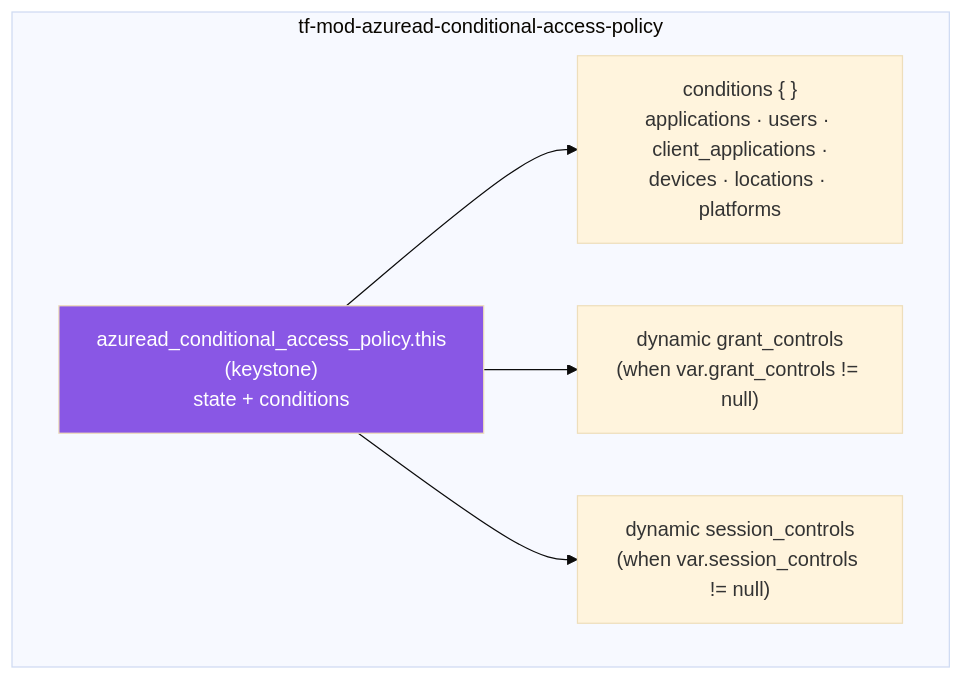
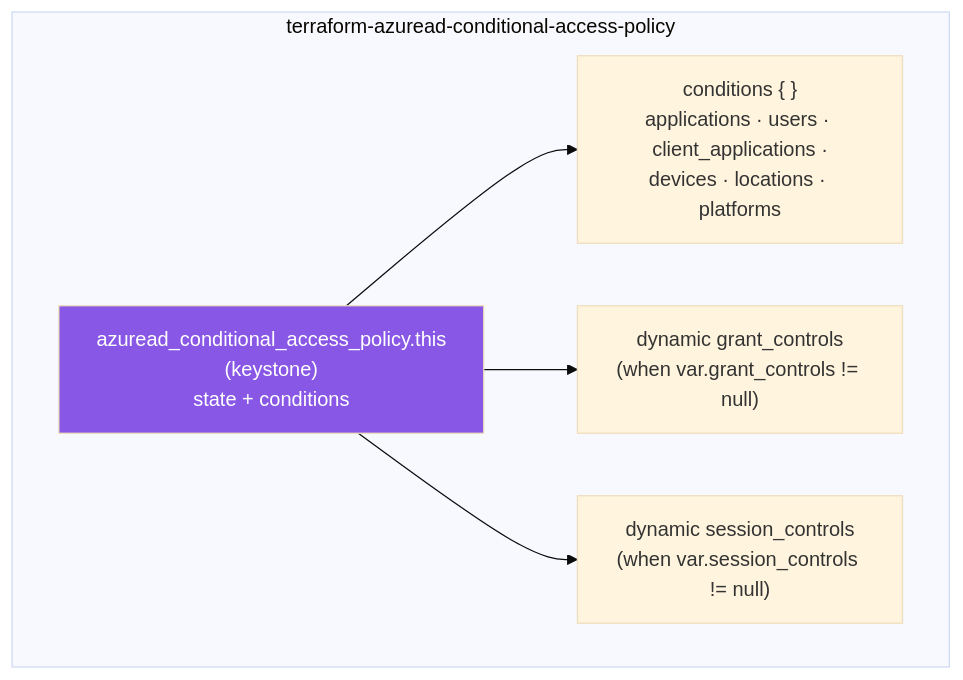
Before and after one commit to microsoftexpert/terraform-azuread-conditional-access-policy: the second of 2 diagrams in README.md, drawn with Mermaid (base theme). The commit also changed other lines of this file and 2 other files, not shown here.

````diff
--- a/README.md
+++ b/README.md
@@ -65,15 +65,15 @@
 ```mermaid
 flowchart TD
- subgraph mod["tf-mod-azuread-conditional-access-policy"]
+ subgraph mod["terraform-azuread-conditional-access-policy"]
  THIS["azuread_conditional_access_policy.this<br/>(keystone)<br/>state + conditions"]
  COND["conditions { }<br/>applications · users · client_applications ·<br/>devices · locations · platforms"]
  GRANT["dynamic grant_controls<br/>(when var.grant_controls != null)"]
  SESSION["dynamic session_controls<br/>(when var.session_controls != null)"]
  end
 
  THIS --> COND
  THIS --> GRANT
  THIS --> SESSION
 
  style THIS fill:#8957E5,color:#fff
 ```
````
